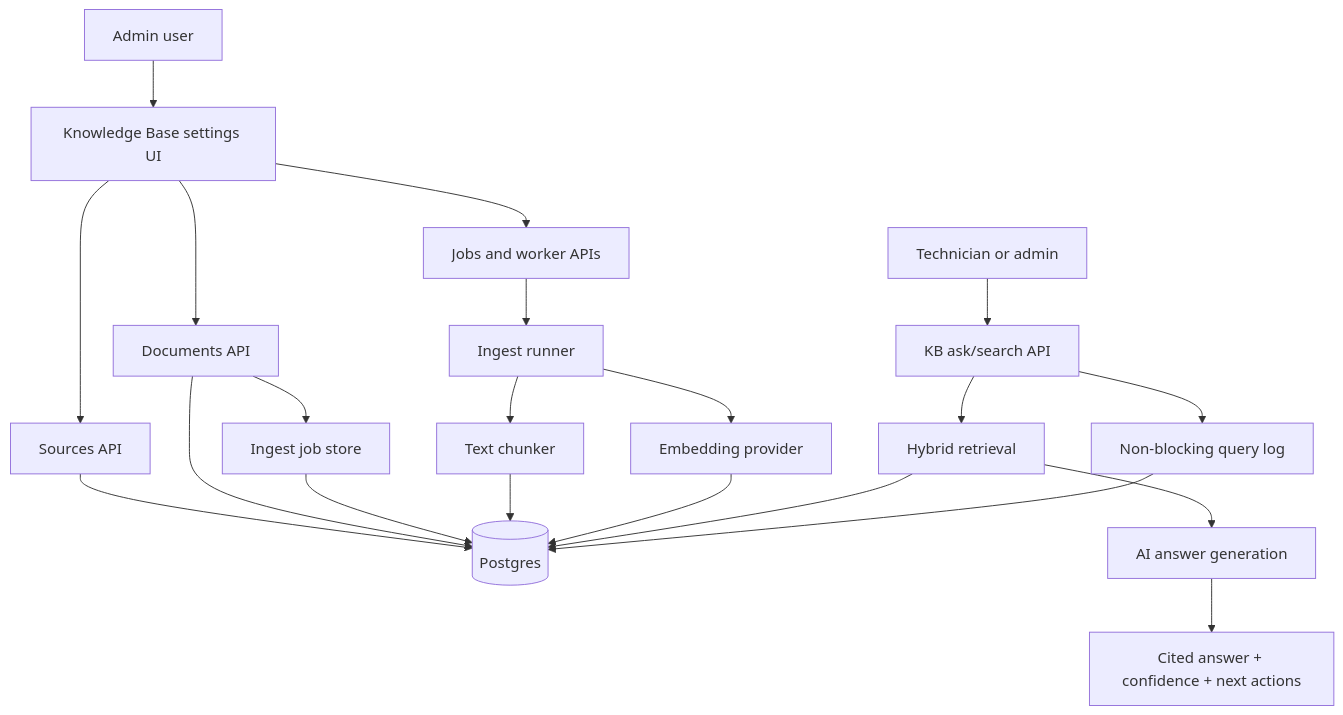
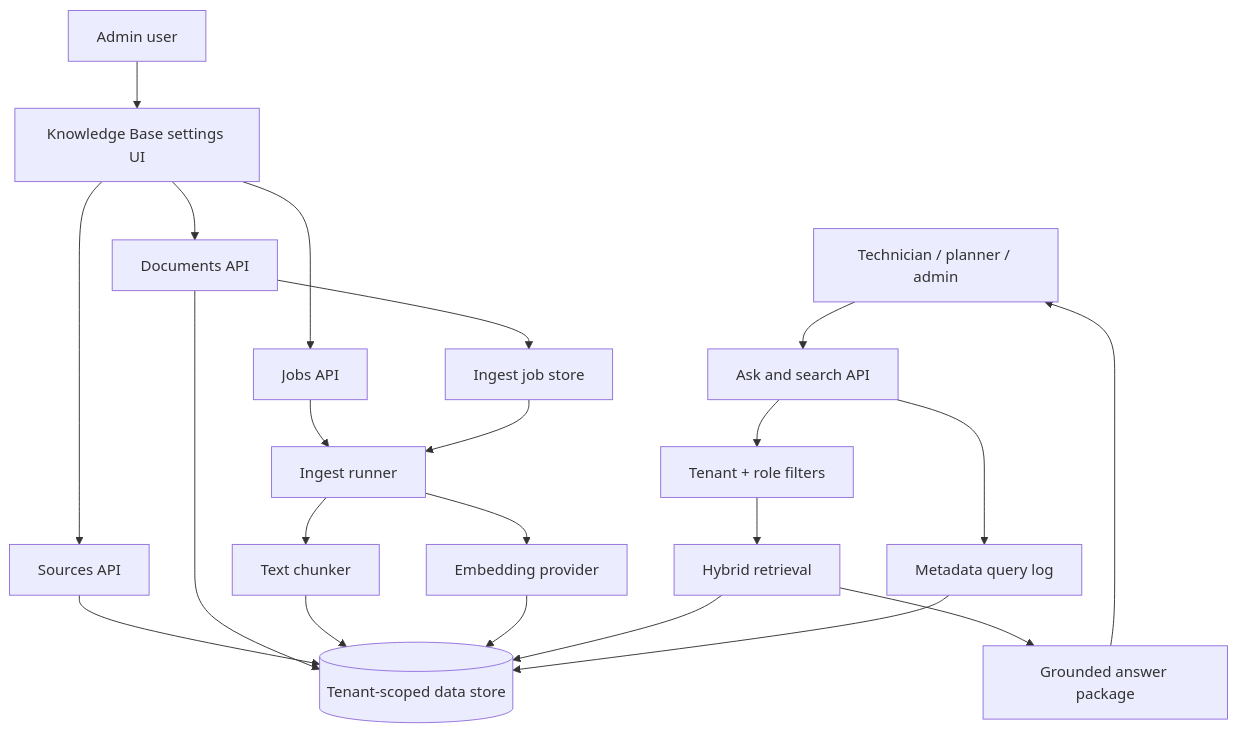
Before and after one commit to bdsrca/CMMS-Knowledgebase: the diagram in diagrams/architecture.mmd, drawn with Mermaid. The commit also changed 58 other files, not shown here.

```diff
--- a/diagrams/architecture.mmd
+++ b/diagrams/architecture.mmd
@@ -1,23 +1,24 @@
 flowchart TD
     Admin[Admin user] --> UI[Knowledge Base settings UI]
     UI --> SourcesAPI[Sources API]
     UI --> DocsAPI[Documents API]
-    UI --> JobsAPI[Jobs and worker APIs]
+    UI --> JobsAPI[Jobs API]
 
-    SourcesAPI --> DB[(Postgres)]
+    SourcesAPI --> DB[(Tenant-scoped data store)]
     DocsAPI --> DB
     DocsAPI --> JobStore[Ingest job store]
     JobsAPI --> Runner[Ingest runner]
-    JobStore --> DB
+    JobStore --> Runner
     Runner --> Chunker[Text chunker]
     Runner --> Embedder[Embedding provider]
     Chunker --> DB
     Embedder --> DB
 
-    User[Technician or admin] --> AskAPI[KB ask/search API]
-    AskAPI --> Retrieval[Hybrid retrieval]
+    User[Technician / planner / admin] --> AskAPI[Ask and search API]
+    AskAPI --> Filters[Tenant + role filters]
+    Filters --> Retrieval[Hybrid retrieval]
     Retrieval --> DB
-    Retrieval --> Chat[AI answer generation]
-    Chat --> Answer[Cited answer + confidence + next actions]
-    AskAPI --> QueryLog[Non-blocking query log]
+    Retrieval --> Answer[Grounded answer package]
+    Answer --> User
+    AskAPI --> QueryLog[Metadata query log]
     QueryLog --> DB
```
